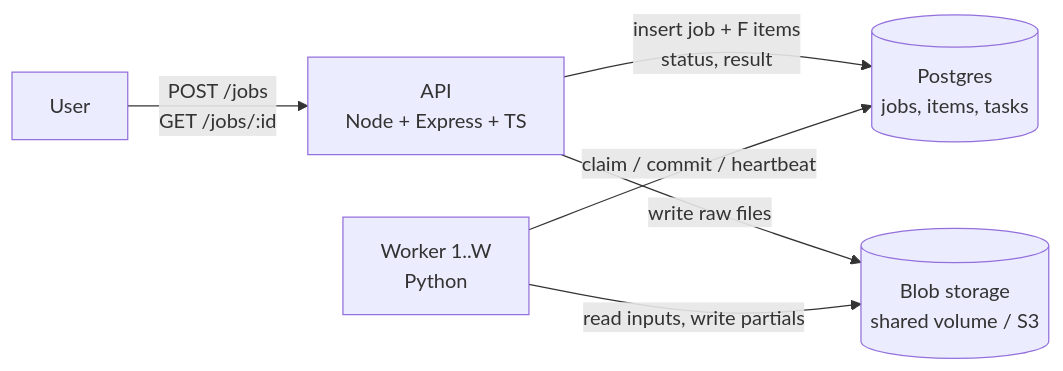
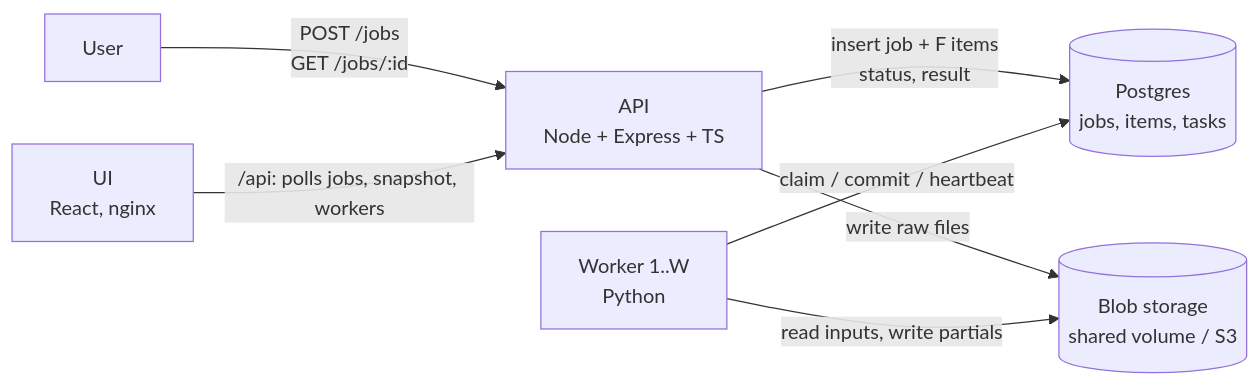
Before and after one commit to sahil27301/distributed-mean: the first of 2 diagrams in docs/design.md, drawn with Mermaid. The commit also changed other lines of this file and 60 other files, not shown here.

````diff
--- a/docs/design.md
+++ b/docs/design.md
@@ -38,8 +38,9 @@
 ```mermaid
 flowchart LR
   U[User] -->|POST /jobs<br/>GET /jobs/:id| API[API<br/>Node + Express + TS]
   API -->|insert job + F items<br/>status, result| PG[(Postgres<br/>jobs, items, tasks)]
   API -->|write raw files| BS[(Blob storage<br/>shared volume / S3)]
   W1[Worker 1..W<br/>Python] -->|claim / commit / heartbeat| PG
   W1 -->|read inputs, write partials| BS
+  UI[UI<br/>React, nginx] -->|/api: polls jobs, snapshot, workers| API
 ```
````
